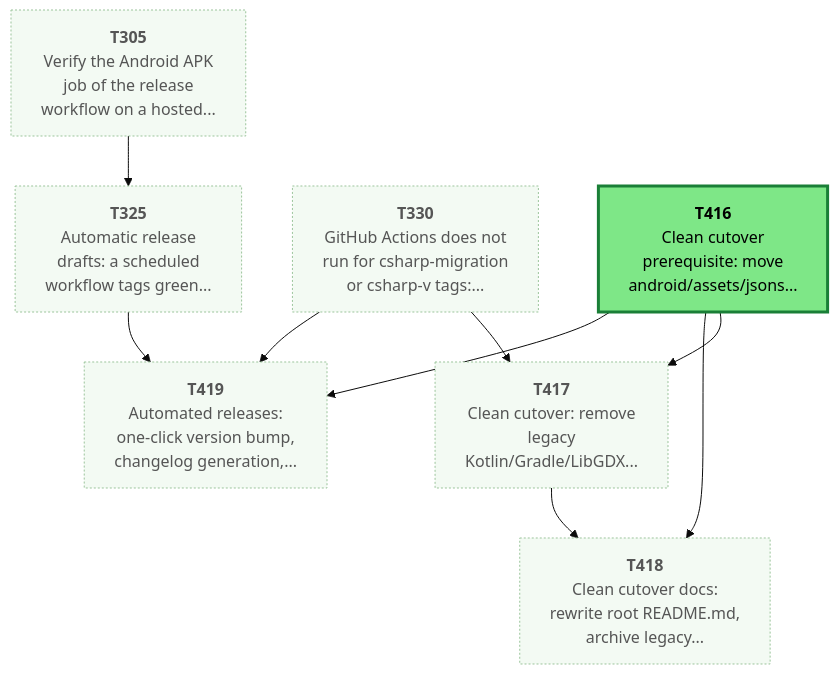
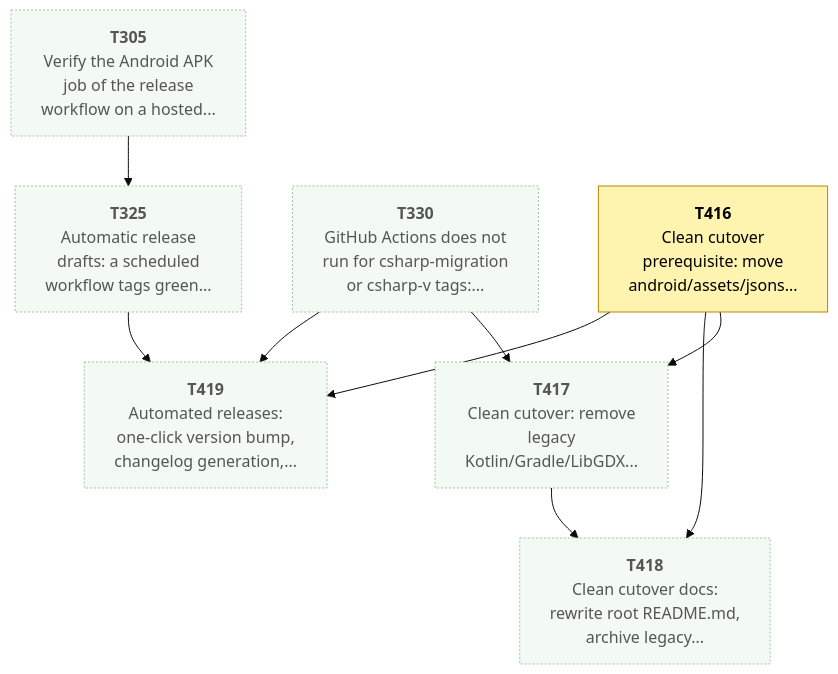
The first of 4 diagrams in csharp/migration/DEPENDENCY_MAP.md (Kenmura/UncivSharp), drawn with Mermaid (base theme) before and after one commit. The commit also changed other lines of this file and 1 other file, not shown here.

````diff
--- a/csharp/migration/DEPENDENCY_MAP.md
+++ b/csharp/migration/DEPENDENCY_MAP.md
@@ -54,32 +53,32 @@
 ```mermaid
 flowchart TD
   T305["<b>T305</b><br/>Verify the Android APK<br/>job of the release<br/>workflow on a hosted..."]
   T325["<b>T325</b><br/>Automatic release<br/>drafts: a scheduled<br/>workflow tags green..."]
   T330["<b>T330</b><br/>GitHub Actions does not<br/>run for csharp-migration<br/>or csharp-v tags:..."]
   T416["<b>T416</b><br/>Clean cutover<br/>prerequisite: move<br/>android/assets/jsons..."]
   T417["<b>T417</b><br/>Clean cutover: remove<br/>legacy<br/>Kotlin/Gradle/LibGDX..."]
   T418["<b>T418</b><br/>Clean cutover docs:<br/>rewrite root README.md,<br/>archive legacy..."]
   T419["<b>T419</b><br/>Automated releases:<br/>one-click version bump,<br/>changelog generation,..."]
   T305 --> T325
   T416 --> T417
   T330 --> T417
   T416 --> T418
   T417 --> T418
   T325 --> T419
   T330 --> T419
   T416 --> T419
   classDef waiting fill:#f3faf3,stroke:#9bc49b,color:#555,stroke-dasharray:2 2
   classDef ondeck fill:#ffe8cc,stroke:#e8590c,stroke-width:3px,color:#000
   classDef ready fill:#7ee787,stroke:#1a7f37,stroke-width:3px,color:#000
   classDef prog fill:#fff3b0,stroke:#b58900,color:#000
   classDef review fill:#cfe4ff,stroke:#1f6feb,color:#000
   classDef blocked fill:#ffd6d6,stroke:#c62828,color:#000
   classDef done fill:#eeeeee,stroke:#999999,color:#666,stroke-dasharray:4 3
   class T305 waiting
   class T325 waiting
   class T330 waiting
-  class T416 ready
+  class T416 prog
   class T417 waiting
   class T418 waiting
   class T419 waiting
 ```
````
